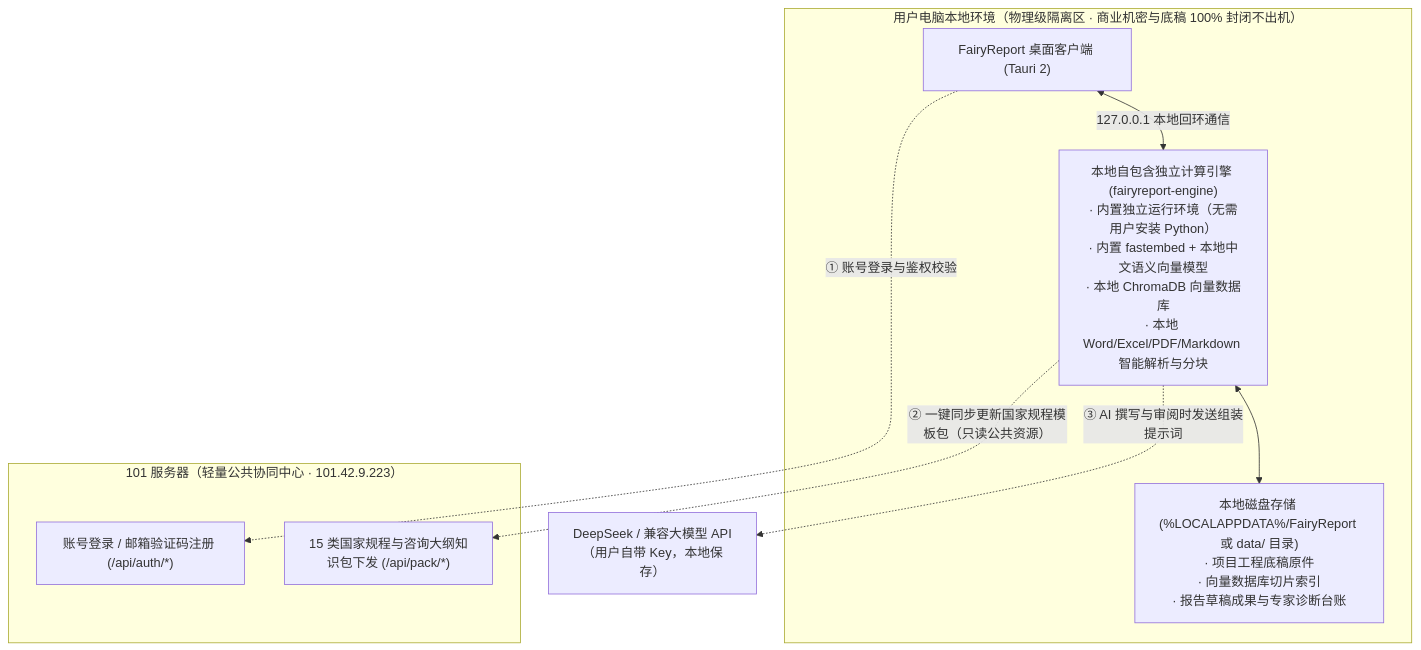
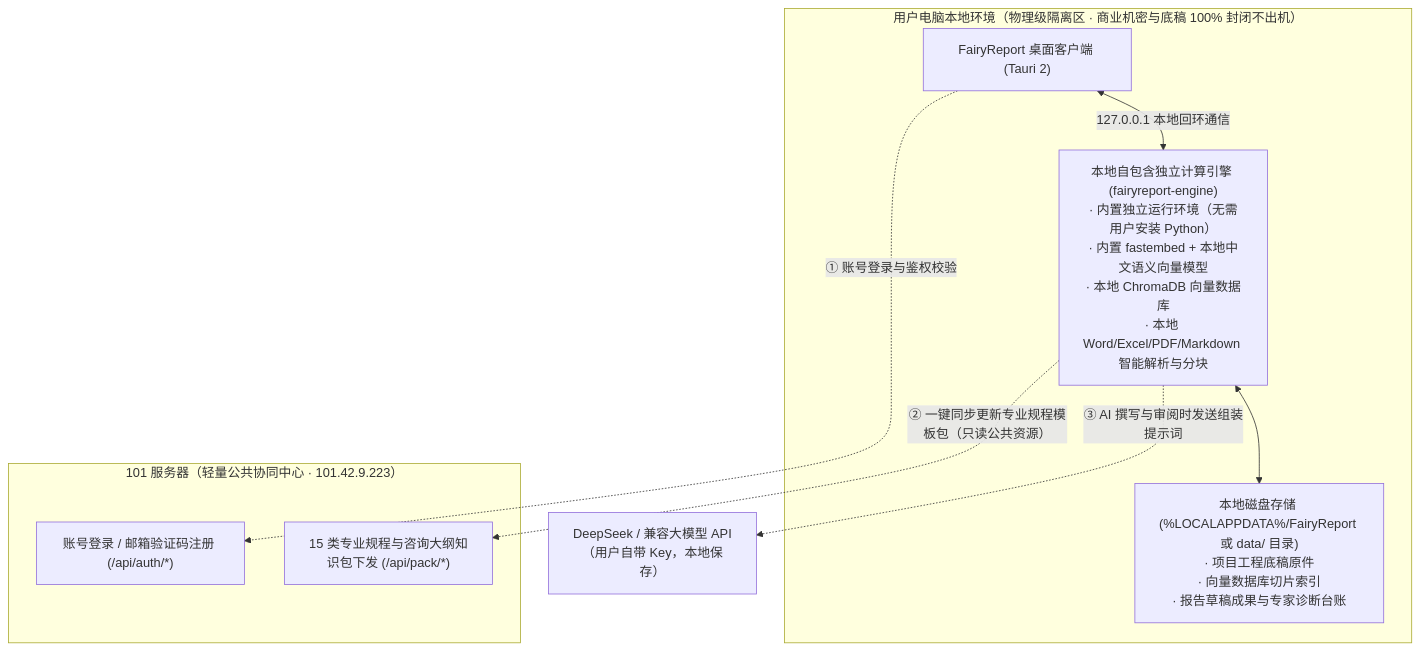
One commit to atalanta0505/FairyReport changed the first of 3 diagrams in docs/USER_GUIDE.md. Above: the diagram before and after it, drawn with Mermaid. The commit also changed other lines of this file and 9 other files, not shown here.

````diff
--- a/docs/USER_GUIDE.md
+++ b/docs/USER_GUIDE.md
@@ -32,20 +32,20 @@
 ```mermaid
 flowchart TD
     subgraph Client ["用户电脑本地环境（物理级隔离区 · 商业机密与底稿 100% 封闭不出机）"]
         UI["FairyReport 桌面客户端 (Tauri 2)"]
         Engine["本地自包含独立计算引擎 (fairyreport-engine)\n· 内置独立运行环境（无需用户安装 Python）\n· 内置 fastembed + 本地中文语义向量模型\n· 本地 ChromaDB 向量数据库\n· 本地 Word/Excel/PDF/Markdown 智能解析与分块"]
         Disk["本地磁盘存储 (%LOCALAPPDATA%/FairyReport 或 data/ 目录)\n· 项目工程底稿原件\n· 向量数据库切片索引\n· 报告草稿成果与专家诊断台账"]
         
         UI <-->|"127.0.0.1 本地回环通信"| Engine
         Engine <--> Disk
     end
 
     subgraph Cloud ["101 服务器（轻量公共协同中心 · 101.42.9.223）"]
         Auth["账号登录 / 邮箱验证码注册 (/api/auth/*)"]
-        Generic["15 类国家规程与咨询大纲知识包下发 (/api/pack/*)"]
+        Generic["15 类专业规程与咨询大纲知识包下发 (/api/pack/*)"]
     end
 
     UI -.->|"① 账号登录与鉴权校验"| Auth
-    Engine -.->|"② 一键同步更新国家规程模板包（只读公共资源）"| Generic
+    Engine -.->|"② 一键同步更新专业规程模板包（只读公共资源）"| Generic
     Engine -.->|"③ AI 撰写与审阅时发送组装提示词"| LLM["DeepSeek / 兼容大模型 API（用户自带 Key，本地保存）"]
 ```
````
